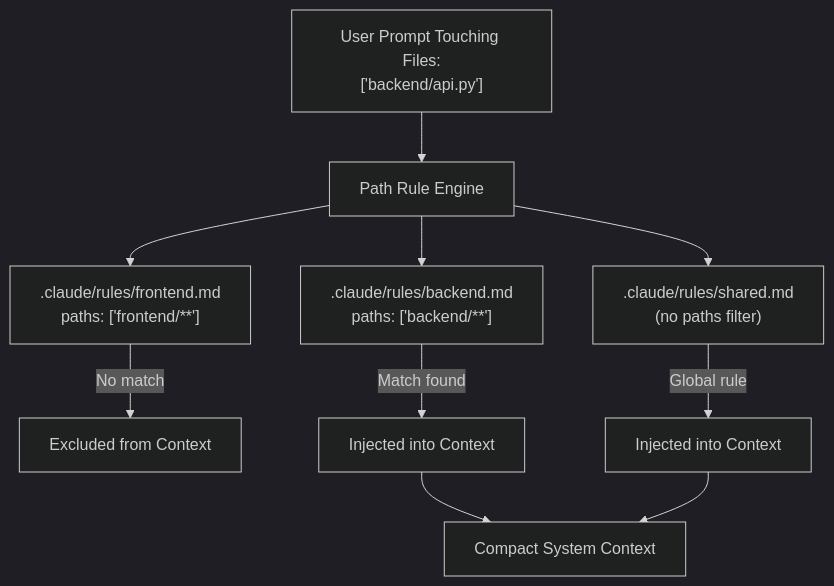
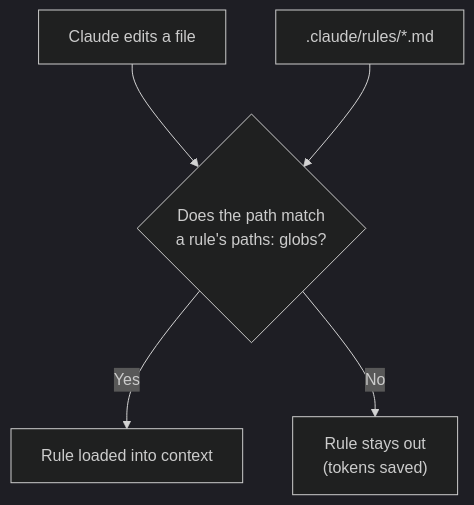
One commit to dip4k/claude_cert_architect_foundation_prep changed the diagram in domain3/ts_3_3_path_specific_rules/README.md. Above: the diagram before and after it, drawn with Mermaid (dark theme). The commit also changed other lines of this file and 133 other files, not shown here.

````diff
--- a/domain3/ts_3_3_path_specific_rules/README.md
+++ b/domain3/ts_3_3_path_specific_rules/README.md
@@ -71,15 +61,7 @@
 ```mermaid
 flowchart TD
-    Req["User Prompt Touching Files:<br>['backend/api.py']"] --> Evaluator["Path Rule Engine"]
-    
-    Evaluator --> RuleA[".claude/rules/frontend.md<br>paths: ['frontend/**']"]
-    Evaluator --> RuleB[".claude/rules/backend.md<br>paths: ['backend/**']"]
-    Evaluator --> RuleC[".claude/rules/shared.md<br>(no paths filter)"]
-    
-    RuleA -->|"No match"| DiscardA["Excluded from Context"]
-    RuleB -->|"Match found"| InjectedB["Injected into Context"]
-    RuleC -->|"Global rule"| InjectedC["Injected into Context"]
-    
-    InjectedB --> FinalPrompt["Compact System Context"]
-    InjectedC --> FinalPrompt
+    Edit["Claude edits a file"] --> Check{"Does the path match<br>a rule's paths: globs?"}
+    Check -->|"Yes"| Load["Rule loaded into context"]
+    Check -->|"No"| Skip["Rule stays out<br>(tokens saved)"]
+    Rules[".claude/rules/*.md"] --> Check
 ```
````
